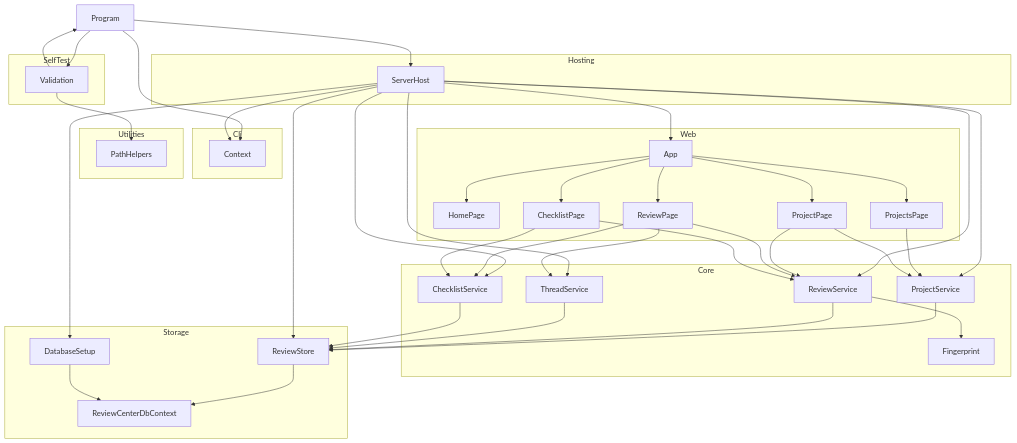
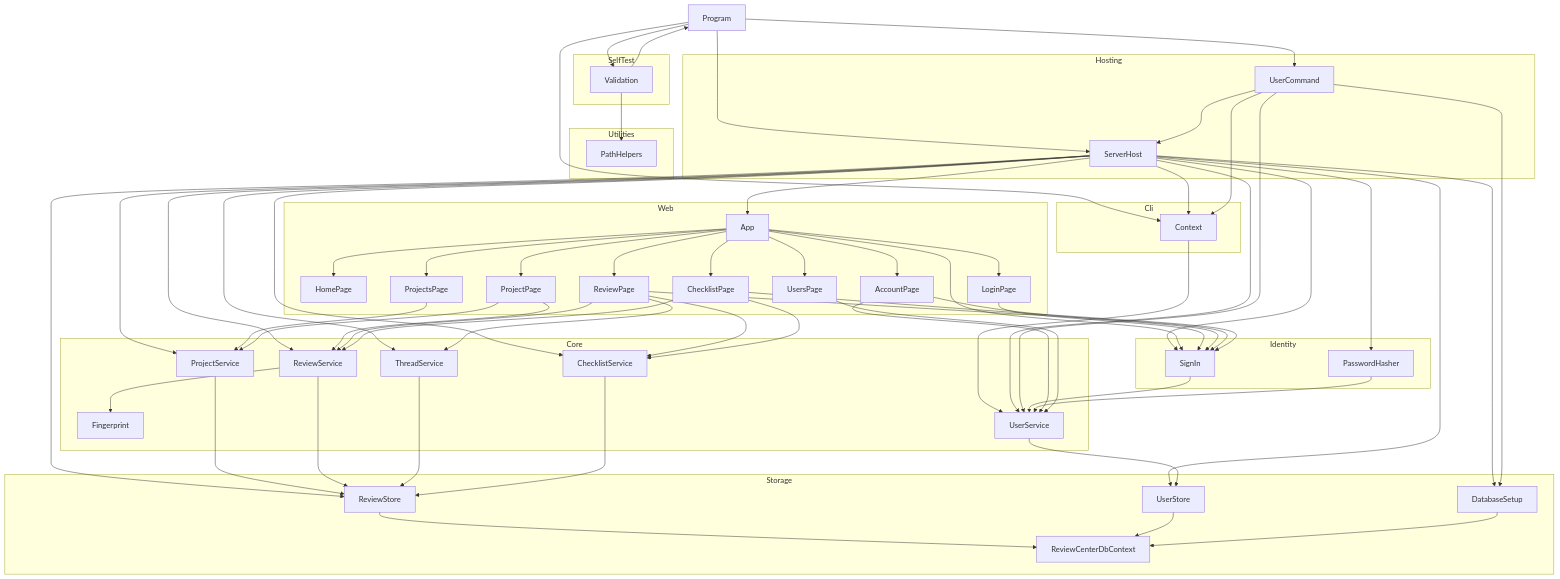
The diagram in docs/design/review-center.md (demaconsulting/ReviewCenter), drawn with Mermaid before and after one commit. The commit also changed other lines of this file and 183 other files, not shown here.

First line of the commit message:
Slice 4: identity - local accounts and login (#10)

````diff
--- a/docs/design/review-center.md
+++ b/docs/design/review-center.md
@@ -22,6 +22,11 @@
     end
     subgraph Hosting
         ServerHost
+        UserCommand
+    end
+    subgraph Identity
+        PasswordHasher
+        SignIn
     end
     subgraph Web
         App
@@ -30,6 +35,9 @@
         ProjectPage
         ReviewPage
         ChecklistPage
+        LoginPage
+        AccountPage
+        UsersPage
     end
     subgraph Core
         Fingerprint
@@ -37,43 +45,69 @@
         ReviewService
         ThreadService
         ChecklistService
+        UserService
     end
     subgraph Storage
         ReviewCenterDbContext
         ReviewStore
+        UserStore
         DatabaseSetup
     end
     Program --> Context
     Program --> Validation
     Program --> ServerHost
+    Program --> UserCommand
     Validation --> Program
     Validation --> PathHelpers
+    Context --> UserService
     ServerHost --> Context
     ServerHost --> App
     ServerHost --> DatabaseSetup
     ServerHost --> ReviewStore
+    ServerHost --> UserStore
+    ServerHost --> PasswordHasher
+    ServerHost --> SignIn
     ServerHost --> ProjectService
     ServerHost --> ReviewService
     ServerHost --> ThreadService
     ServerHost --> ChecklistService
+    ServerHost --> UserService
+    UserCommand --> Context
+    UserCommand --> ServerHost
+    UserCommand --> DatabaseSetup
+    UserCommand --> UserService
+    SignIn --> UserService
+    PasswordHasher --> UserService
     App --> HomePage
     App --> ProjectsPage
     App --> ProjectPage
     App --> ReviewPage
     App --> ChecklistPage
+    App --> LoginPage
+    App --> AccountPage
+    App --> UsersPage
+    App --> SignIn
+    LoginPage --> SignIn
+    AccountPage --> SignIn
+    AccountPage --> UserService
+    UsersPage --> UserService
     ProjectsPage --> ProjectService
     ProjectPage --> ProjectService
     ProjectPage --> ReviewService
     ReviewPage --> ReviewService
     ReviewPage --> ThreadService
     ReviewPage --> ChecklistService
+    ReviewPage --> SignIn
     ChecklistPage --> ReviewService
     ChecklistPage --> ChecklistService
+    ChecklistPage --> SignIn
     ReviewService --> Fingerprint
     ProjectService --> ReviewStore
     ReviewService --> ReviewStore
     ThreadService --> ReviewStore
     ChecklistService --> ReviewStore
+    UserService --> UserStore
     ReviewStore --> ReviewCenterDbContext
+    UserStore --> ReviewCenterDbContext
     DatabaseSetup --> ReviewCenterDbContext
 ```
````
